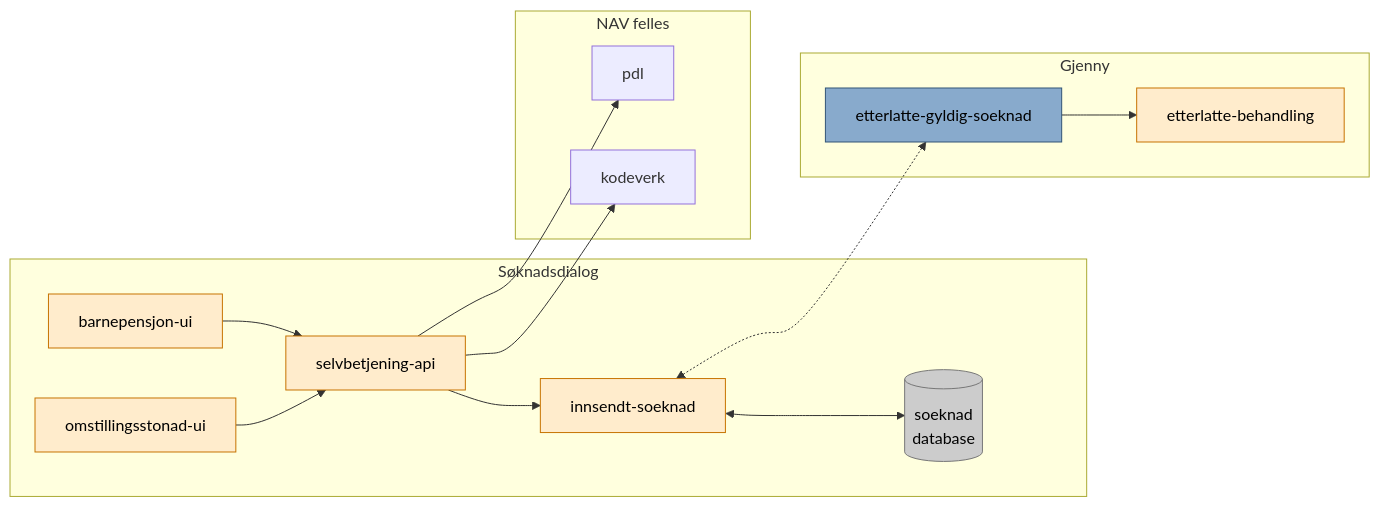
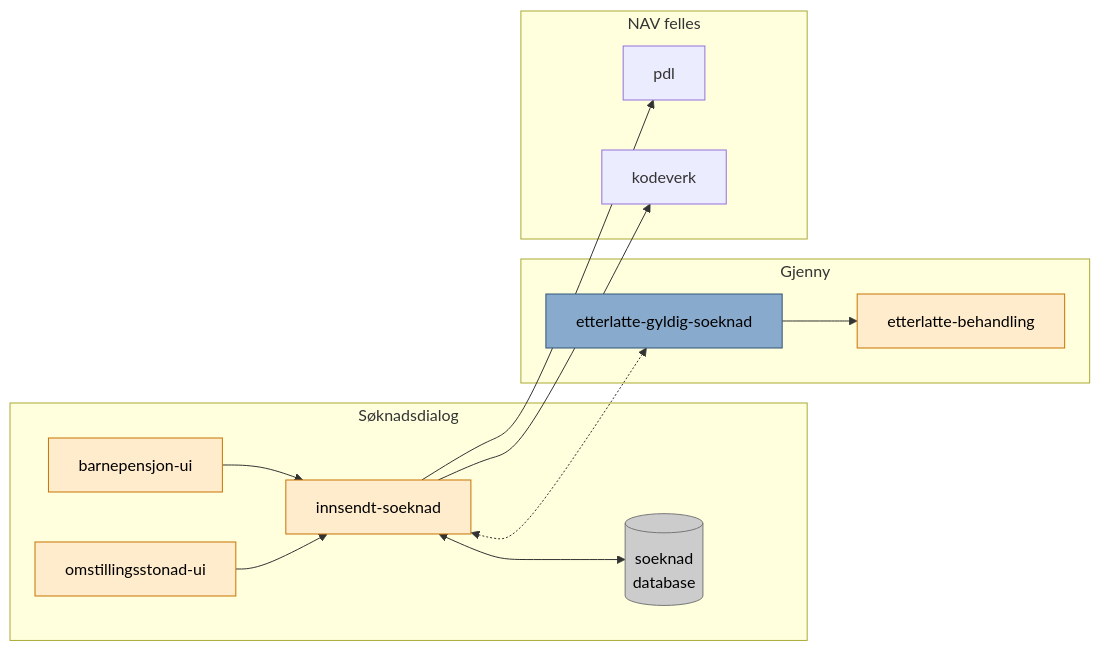
The diagram in README.md (navikt/pensjon-etterlatte), drawn with Mermaid before and after one commit. The commit also changed other lines of this file and 2 other files, not shown here.

Commit message:
Oppdatere README etter fjernet selvbetjening-api

````diff
--- a/README.md
+++ b/README.md
@@ -29,38 +26,35 @@
 ```mermaid
 flowchart LR
 
 classDef app fill:#ffeccc,color:#000,stroke:#c77300
 classDef river fill:#88AACC,color:#000,stroke:#335577
 classDef db fill:#ccc,color:#000,stroke:#777
 classDef text fill:none,color:#ddd
 
-barnepensjon-ui --> selvbetjening-api
-omstillingsstonad-ui --> selvbetjening-api
+barnepensjon-ui --> innsendt-soeknad
+omstillingsstonad-ui --> innsendt-soeknad
 
 innsendt-soeknad <-.-> etterlatte-gyldig-soeknad
 etterlatte-gyldig-soeknad --> etterlatte-behandling
 
-selvbetjening-api --> pdl
-selvbetjening-api --> kodeverk
-
-selvbetjening-api --> innsendt-soeknad
+innsendt-soeknad --> pdl
+innsendt-soeknad --> kodeverk
 innsendt-soeknad <--> innsendt-soeknad-v2[(soeknad\ndatabase)]
 
 subgraph frontend["Søknadsdialog"]
     barnepensjon-ui:::app
     omstillingsstonad-ui:::app
-    selvbetjening-api:::app
     innsendt-soeknad:::app
     innsendt-soeknad-v2:::db
 end
 
 subgraph gjenny["Gjenny"]
     etterlatte-gyldig-soeknad:::river
     etterlatte-behandling:::app
 end
 
 subgraph ekstern["NAV felles"]
     kodeverk
     pdl
 end
 ```
````
